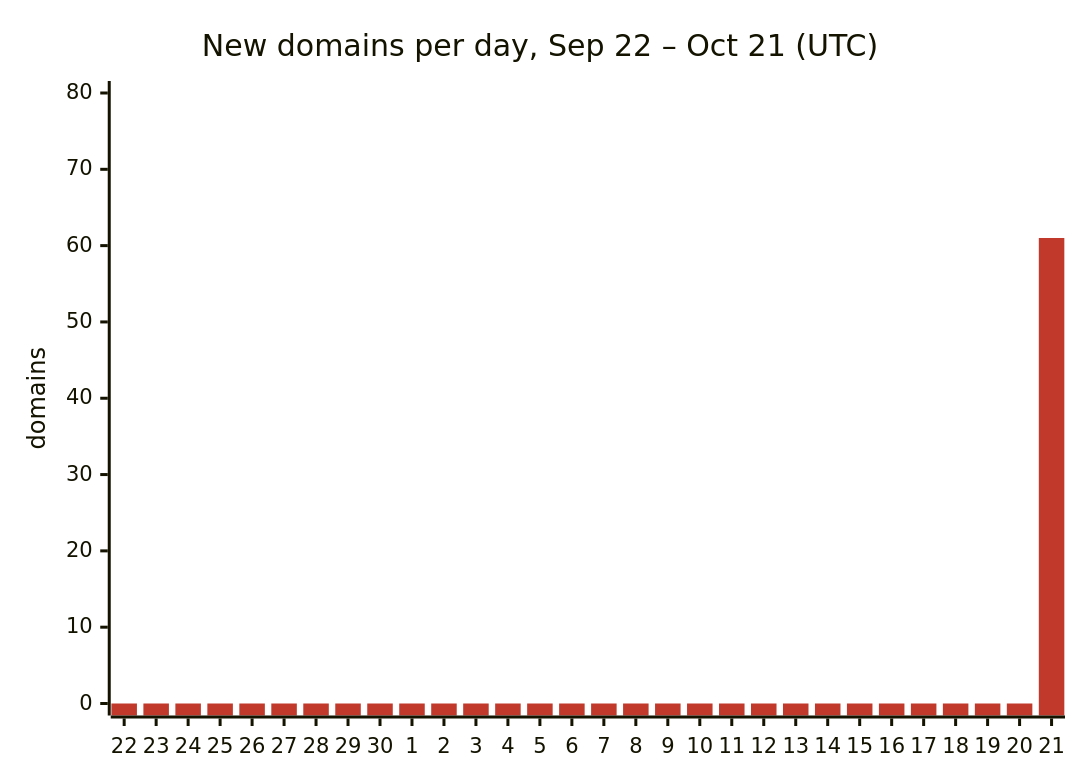
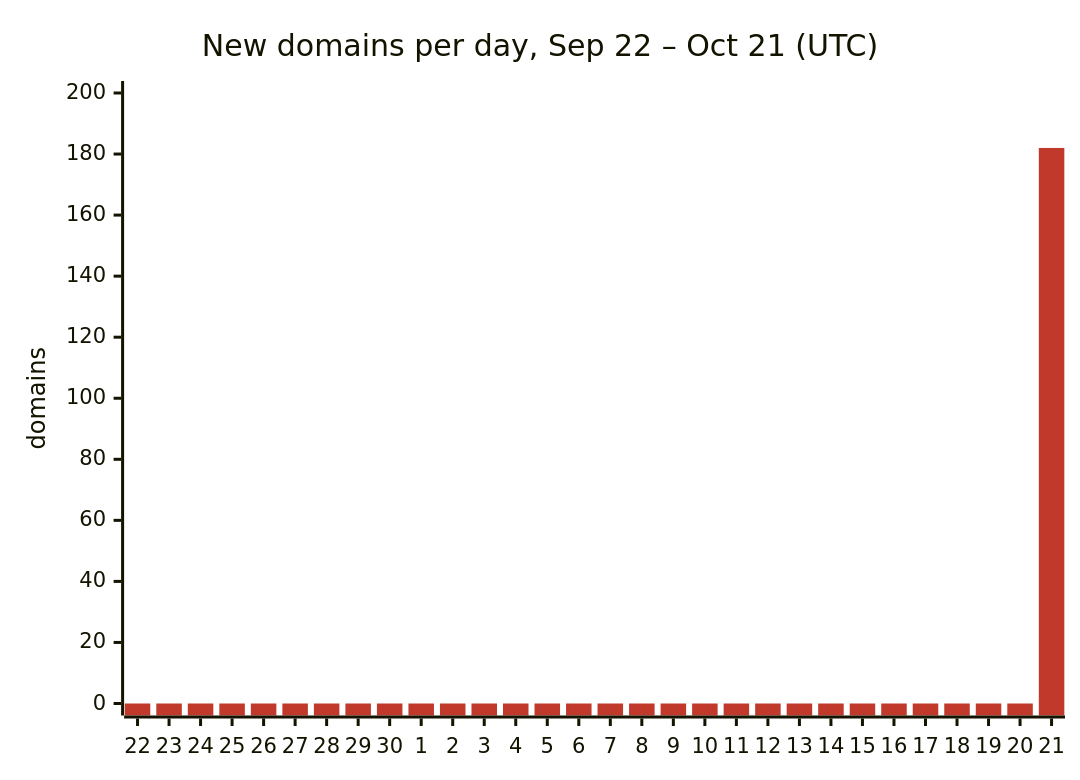
One commit to DNSBunker/CTI changed the first of 2 diagrams in README.md. Above: the diagram before and after it, drawn with Mermaid. The commit also changed other lines of this file and 3 other files, not shown here.

````diff
--- a/README.md
+++ b/README.md
@@ -29,8 +29,8 @@
 ```mermaid
 %%{init: {"themeVariables": {"xyChart": {"plotColorPalette": "#c0392b"}}}}%%
 xychart-beta
     title "New domains per day, Sep 22 – Oct 21 (UTC)"
     x-axis ["22", "23", "24", "25", "26", "27", "28", "29", "30", "1", "2", "3", "4", "5", "6", "7", "8", "9", "10", "11", "12", "13", "14", "15", "16", "17", "18", "19", "20", "21"]
-    y-axis "domains" 0 --> 80
-    bar [0, 0, 0, 0, 0, 0, 0, 0, 0, 0, 0, 0, 0, 0, 0, 0, 0, 0, 0, 0, 0, 0, 0, 0, 0, 0, 0, 0, 0, 61]
+    y-axis "domains" 0 --> 200
+    bar [0, 0, 0, 0, 0, 0, 0, 0, 0, 0, 0, 0, 0, 0, 0, 0, 0, 0, 0, 0, 0, 0, 0, 0, 0, 0, 0, 0, 0, 182]
 ```
````
